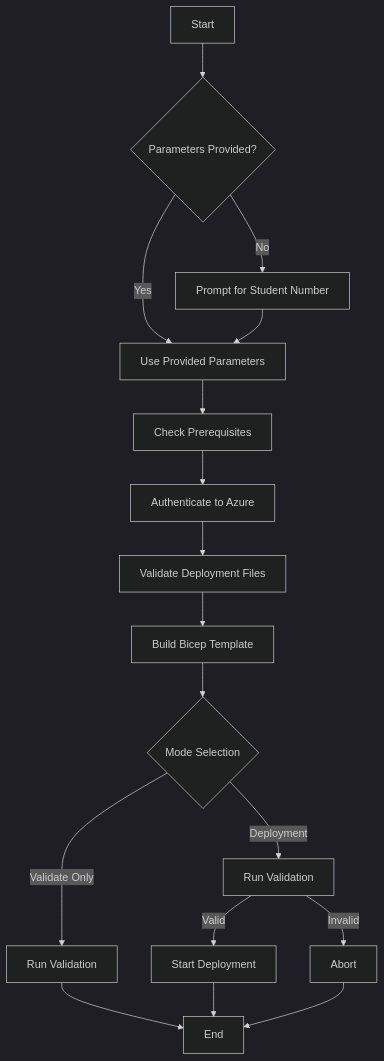
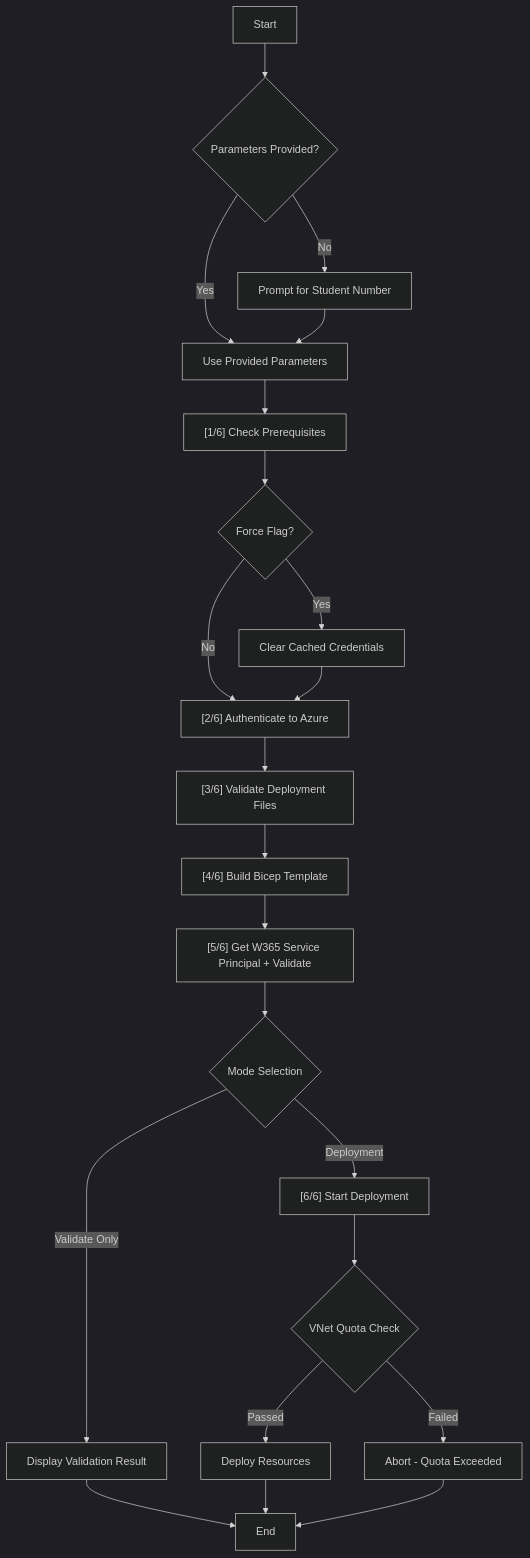
Before and after one commit to kkaminsk/W365LandingZone: the diagram in 2_Spoke/ExecutionFlow.md, drawn with Mermaid (dark theme). The commit also changed other lines of this file and 4 other files, not shown here.

````diff
--- a/2_Spoke/ExecutionFlow.md
+++ b/2_Spoke/ExecutionFlow.md
@@ -9,19 +43,24 @@
 ```mermaid
 graph TD
     A[Start] --> B{Parameters Provided?}
     B -- No --> C[Prompt for Student Number]
     B -- Yes --> D[Use Provided Parameters]
     C --> D
-    D --> E[Check Prerequisites]
-    E --> F[Authenticate to Azure]
-    F --> G[Validate Deployment Files]
-    G --> H[Build Bicep Template]
-    H --> I{Mode Selection}
-    I -- Validate Only --> J[Run Validation]
-    I -- Deployment --> K[Run Validation]
-    K -- Valid --> L[Start Deployment]
-    K -- Invalid --> M[Abort]
-    J --> N[End]
-    L --> N
-    M --> N
+    D --> E["[1/6] Check Prerequisites"]
+    E --> F{"Force Flag?"}
+    F -- Yes --> F1[Clear Cached Credentials]
+    F -- No --> G
+    F1 --> G["[2/6] Authenticate to Azure"]
+    G --> H["[3/6] Validate Deployment Files"]
+    H --> I["[4/6] Build Bicep Template"]
+    I --> J["[5/6] Get W365 Service Principal + Validate"]
+    J --> K{Mode Selection}
+    K -- Validate Only --> L[Display Validation Result]
+    K -- Deployment --> M["[6/6] Start Deployment"]
+    M --> N{VNet Quota Check}
+    N -- Passed --> O[Deploy Resources]
+    N -- Failed --> P[Abort - Quota Exceeded]
+    L --> Q[End]
+    O --> Q
+    P --> Q
 ```
````
